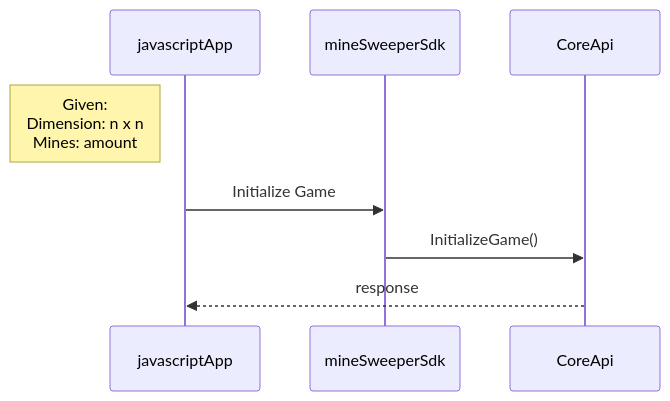
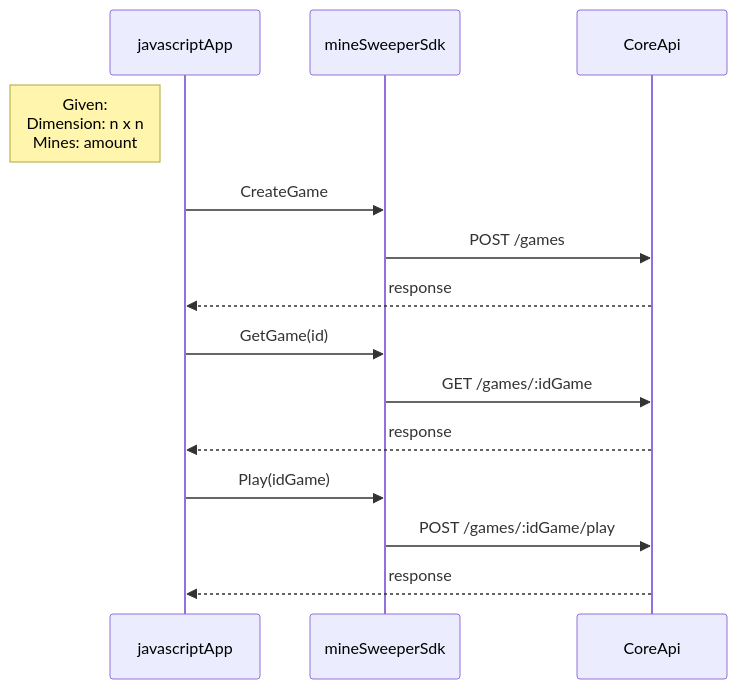
Before and after one commit to alexrv11/minesweeper-api: the diagram in docs/sequence-diagram.mmd, drawn with Mermaid. The commit also changed 2 other files, not shown here.

```diff
--- a/docs/sequence-diagram.mmd
+++ b/docs/sequence-diagram.mmd
@@ -1,9 +1,17 @@
 sequenceDiagram
     participant javascriptApp
     participant mineSweeperSdk
     participant CoreApi
     Note left of javascriptApp: Given:<br>Dimension: n x n<br>Mines: amount 
     
-    javascriptApp->>mineSweeperSdk: Initialize Game
-    mineSweeperSdk->>CoreApi:  InitializeGame()
+    javascriptApp->>mineSweeperSdk: CreateGame
+    mineSweeperSdk->>CoreApi:  POST /games
     CoreApi-->>javascriptApp: response
+
+    javascriptApp->>mineSweeperSdk: GetGame(id)
+    mineSweeperSdk->>CoreApi:  GET /games/:idGame
+    CoreApi-->>javascriptApp: response
+
+    javascriptApp->>mineSweeperSdk: Play(idGame)
+    mineSweeperSdk->>CoreApi:  POST /games/:idGame/play
+    CoreApi-->>javascriptApp: response
```
